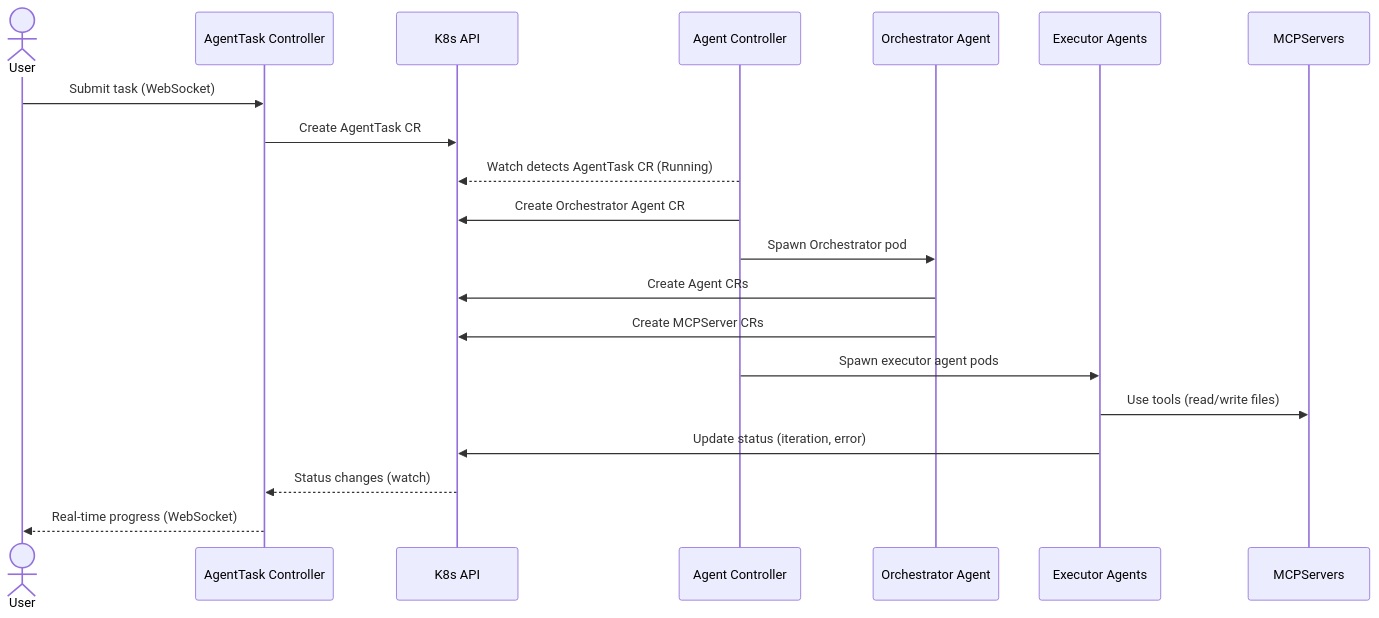
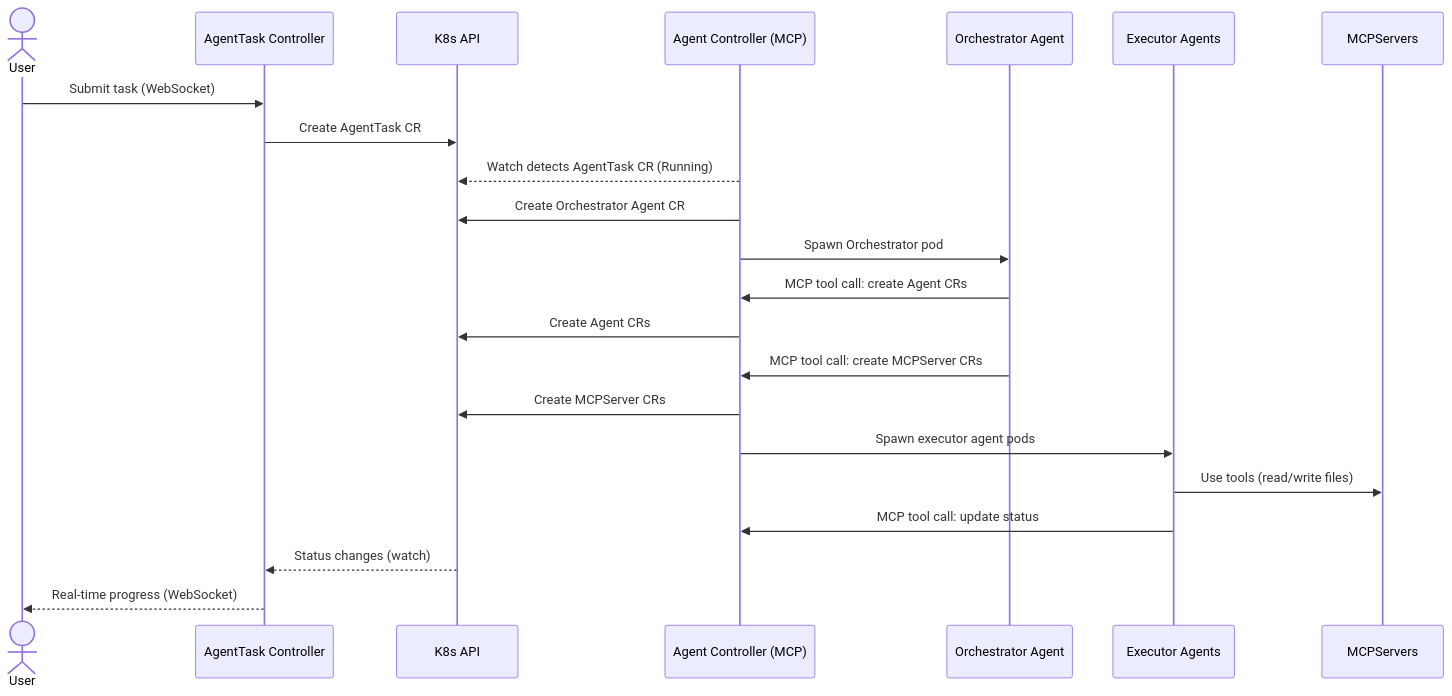
The fifth of 5 diagrams in docs/arch/09-crd-specifications.md (dshcherbatiuk/forgemaster), drawn with Mermaid before and after one commit. The commit also changed 54 other files, not shown here.

````diff
--- a/docs/arch/09-crd-specifications.md
+++ b/docs/arch/09-crd-specifications.md
@@ -165,23 +165,25 @@
 ```mermaid
 sequenceDiagram
     actor User
     participant ATC as AgentTask Controller
     participant API as K8s API
-    participant AGC as Agent Controller
+    participant AGC as Agent Controller (MCP)
     participant OA as Orchestrator Agent
     participant AG as Executor Agents
     participant MCP as MCPServers
 
     User->>ATC: Submit task (WebSocket)
     ATC->>API: Create AgentTask CR
     AGC-->>API: Watch detects AgentTask CR (Running)
     AGC->>API: Create Orchestrator Agent CR
     AGC->>OA: Spawn Orchestrator pod
-    OA->>API: Create Agent CRs
-    OA->>API: Create MCPServer CRs
+    OA->>AGC: MCP tool call: create Agent CRs
+    AGC->>API: Create Agent CRs
+    OA->>AGC: MCP tool call: create MCPServer CRs
+    AGC->>API: Create MCPServer CRs
     AGC->>AG: Spawn executor agent pods
     AG->>MCP: Use tools (read/write files)
-    AG->>API: Update status (iteration, error)
+    AG->>AGC: MCP tool call: update status
     API-->>ATC: Status changes (watch)
     ATC-->>User: Real-time progress (WebSocket)
 ```
````
